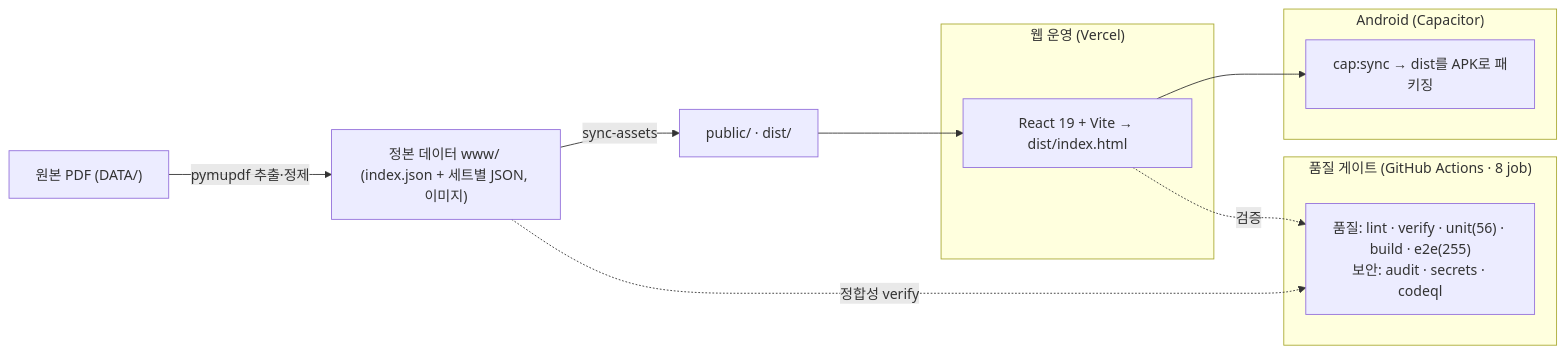
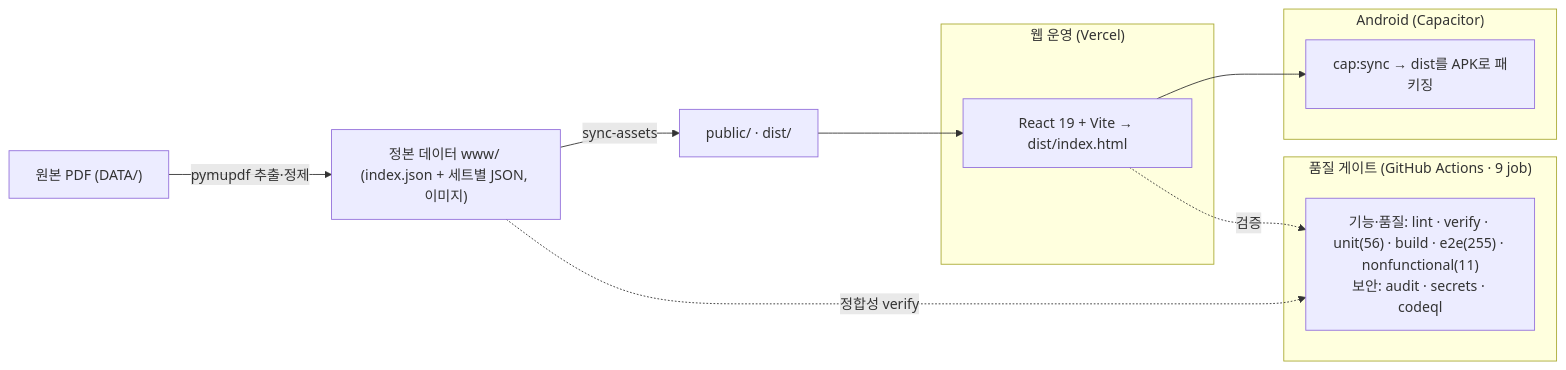
One commit to WindowHyun/ISTQB changed the diagram in README.md. Above: the diagram before and after it, drawn with Mermaid. The commit also changed other lines of this file and 6 other files, not shown here.

````diff
--- a/README.md
+++ b/README.md
@@ -174,20 +174,20 @@
 ```mermaid
 flowchart LR
   PDF["원본 PDF (DATA/)"] -->|pymupdf 추출·정제| SRC["정본 데이터 www/ (index.json + 세트별 JSON, 이미지)"]
   SRC -->|sync-assets| PUB["public/ · dist/"]
 
   subgraph 웹_운영["웹 운영 (Vercel)"]
     REACT["React 19 + Vite → dist/index.html"]
   end
   subgraph APK["Android (Capacitor)"]
     CAP["cap:sync → dist를 APK로 패키징"]
   end
   PUB --> REACT
   REACT --> CAP
 
-  subgraph 품질["품질 게이트 (GitHub Actions · 8 job)"]
-    CI["품질: lint · verify · unit(56) · build · e2e(255)<br/>보안: audit · secrets · codeql"]
+  subgraph 품질["품질 게이트 (GitHub Actions · 9 job)"]
+    CI["기능·품질: lint · verify · unit(56) · build · e2e(255) · nonfunctional(11)<br/>보안: audit · secrets · codeql"]
   end
   REACT -.검증.-> CI
   SRC -.정합성 verify.-> CI
 ```
````
